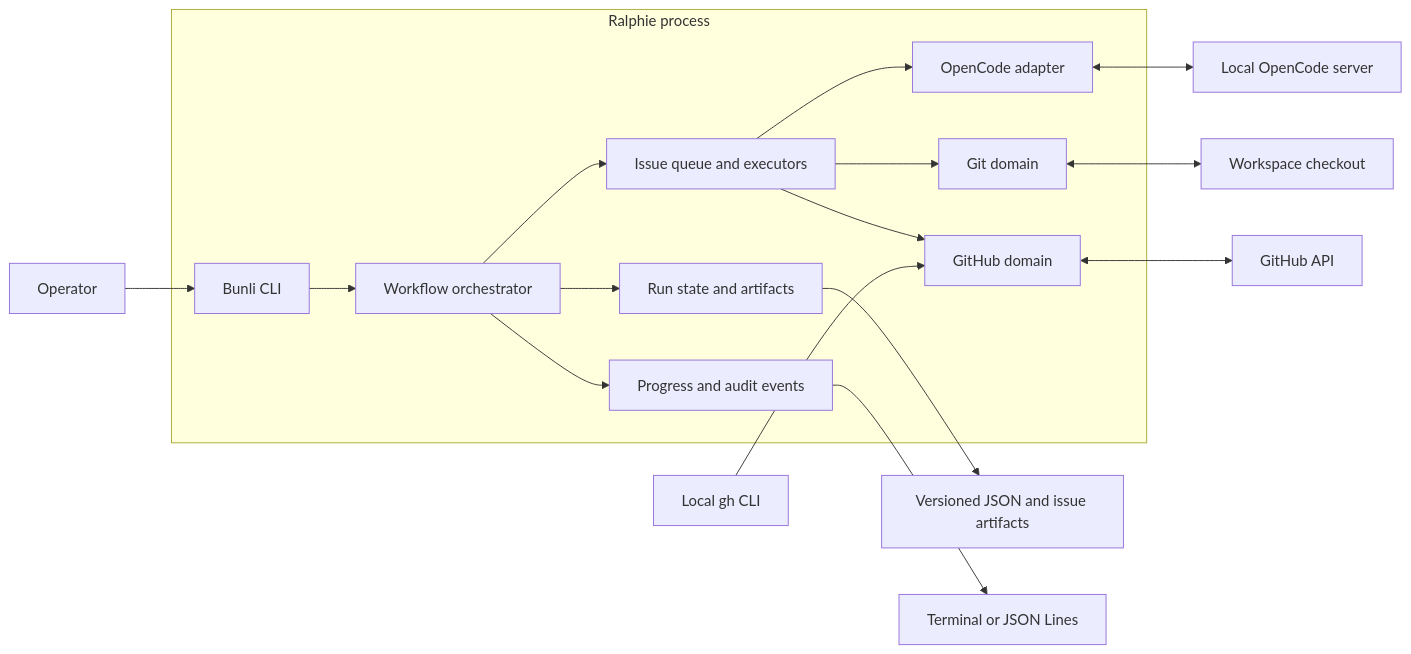
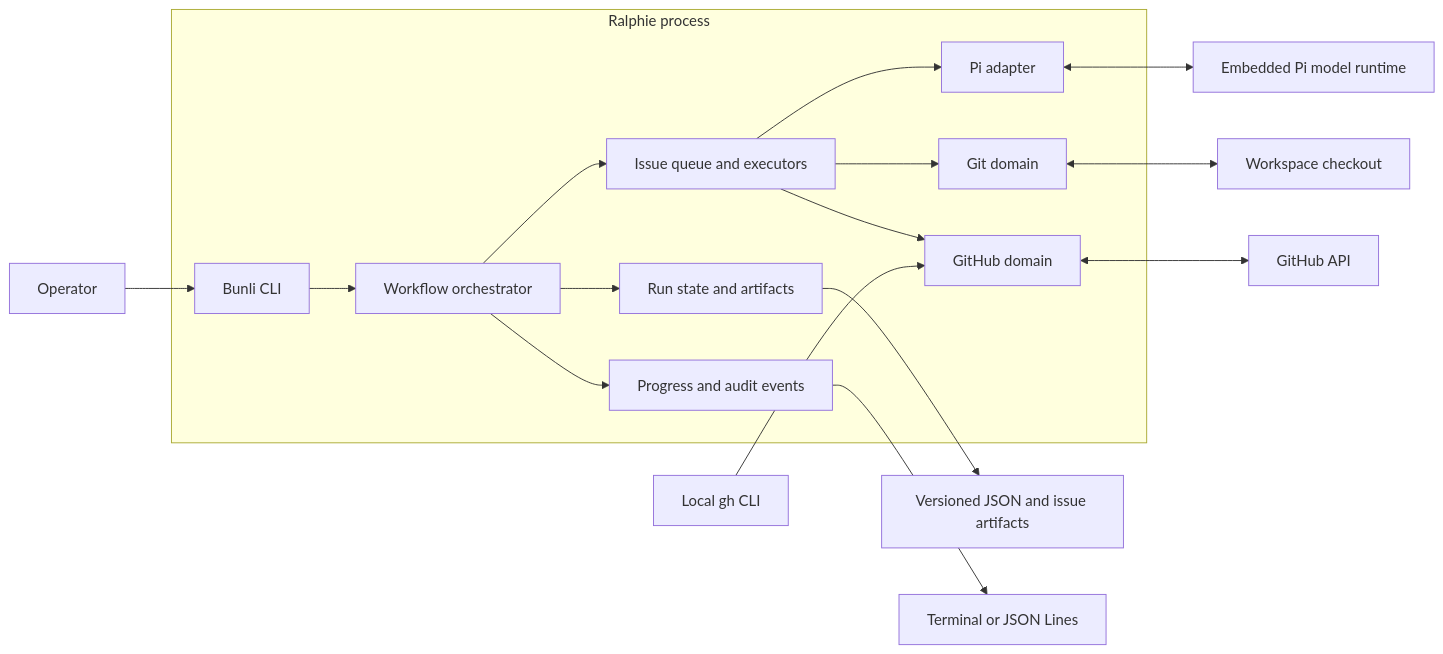
Before and after one commit to beremaran/ralphie: the fifth of 5 diagrams in README.md, drawn with Mermaid. The commit also changed other lines of this file and 2 other files, not shown here.

First line of the commit message:
docs: update OpenCode references to Pi

````diff
--- a/README.md
+++ b/README.md
@@ -589,21 +588,21 @@
 ```mermaid
 flowchart LR
     U[Operator] --> CLI[Bunli CLI]
 
     subgraph RP["Ralphie process"]
         CLI --> W[Workflow orchestrator]
         W --> Q[Issue queue and executors]
         W --> S[Run state and artifacts]
         W --> P[Progress and audit events]
-        Q --> OC[OpenCode adapter]
+        Q --> OC[Pi adapter]
         Q --> GD[Git domain]
         Q --> GHD[GitHub domain]
     end
 
     AUTH[Local gh CLI] --> GHD
     GHD <--> GH[GitHub API]
     GD <--> REPO[Workspace checkout]
-    OC <--> SERVER[Local OpenCode server]
+    OC <--> SERVER[Embedded Pi model runtime]
     S --> DISK[Versioned JSON and issue artifacts]
     P --> TERM[Terminal or JSON Lines]
 ```
````
